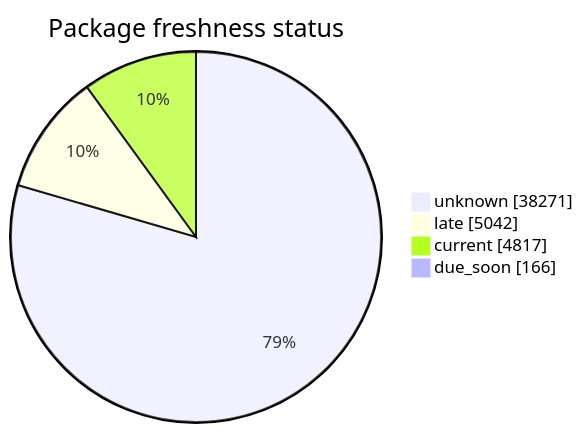
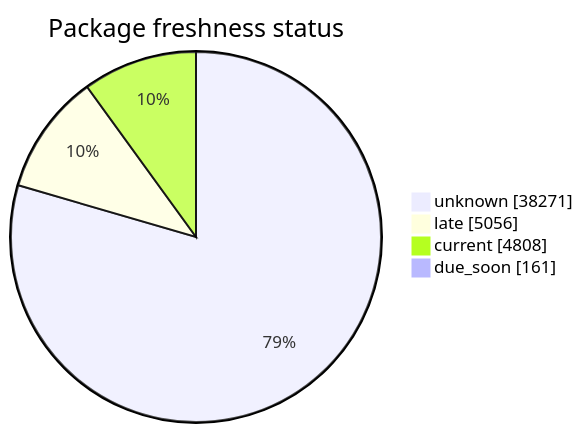
One commit to open-data/analytics-corporate-reporting changed the second of 5 diagrams in FreshCheck/README.md. Above: the diagram before and after it, drawn with Mermaid. The commit also changed other lines of this file and 3 other files, not shown here.

````diff
--- a/FreshCheck/README.md
+++ b/FreshCheck/README.md
@@ -68,7 +68,7 @@
 ```mermaid
 pie showData title Package freshness status
     "unknown": 38271
-    "late": 5042
-    "current": 4817
-    "due_soon": 166
+    "late": 5056
+    "current": 4808
+    "due_soon": 161
 ```
````
